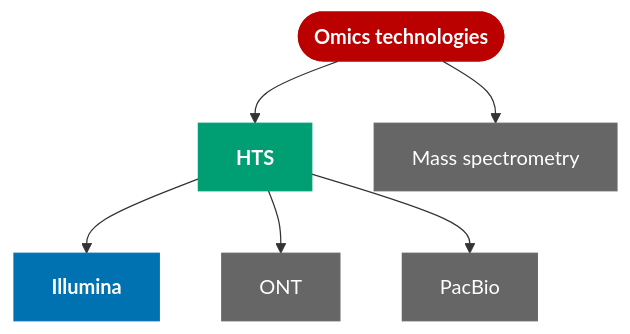
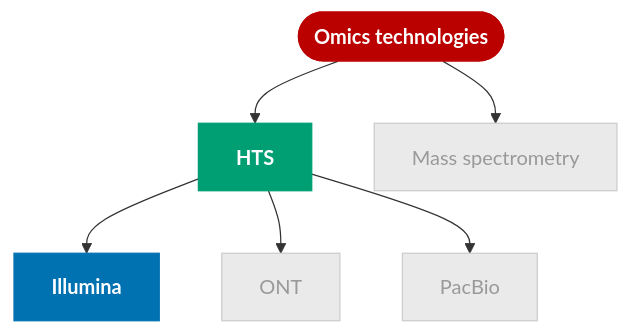
The diagram in week01/w1b_omics-data.qmd (cfaes-bioinfo/pracs-au26), drawn with Mermaid before and after one commit. The commit also changed other lines of this file, not shown here.

````diff
--- a/week01/w1b_omics-data.qmd
+++ b/week01/w1b_omics-data.qmd
@@ -491,27 +499,27 @@
 ```{mermaid}
 %%| fig-align: center
 %%{init: {'themeCSS': '.edgePath .path, .flowchart-link { stroke-width: 3px; }'}}%%
 flowchart TD
     Omics([Omics technologies])
     HTS[HTS]
     MS[Mass spectrometry]
     Illumina[Illumina]
     ONT[ONT]
     PacBio[PacBio]
 
     Omics --> HTS
     Omics --> MS
     HTS --> Illumina
     HTS --> ONT
     HTS --> PacBio
 
     classDef omics fill:#bb0000,color:#ffffff,stroke:#bb0000,font-weight:bold;
     classDef hts fill:#009E73,color:#ffffff,stroke:#009E73,font-weight:bold;
     classDef illumina fill:#0072B2,color:#ffffff,stroke:#0072B2,font-weight:bold;
-    classDef dim fill:#666666,color:#ffffff,stroke:#666666;
+    classDef dim fill:#eaeaea,color:#999999,stroke:#cccccc;
 
     class Omics omics;
     class HTS hts;
     class Illumina illumina;
     class MS,ONT,PacBio dim;
 ```
````
